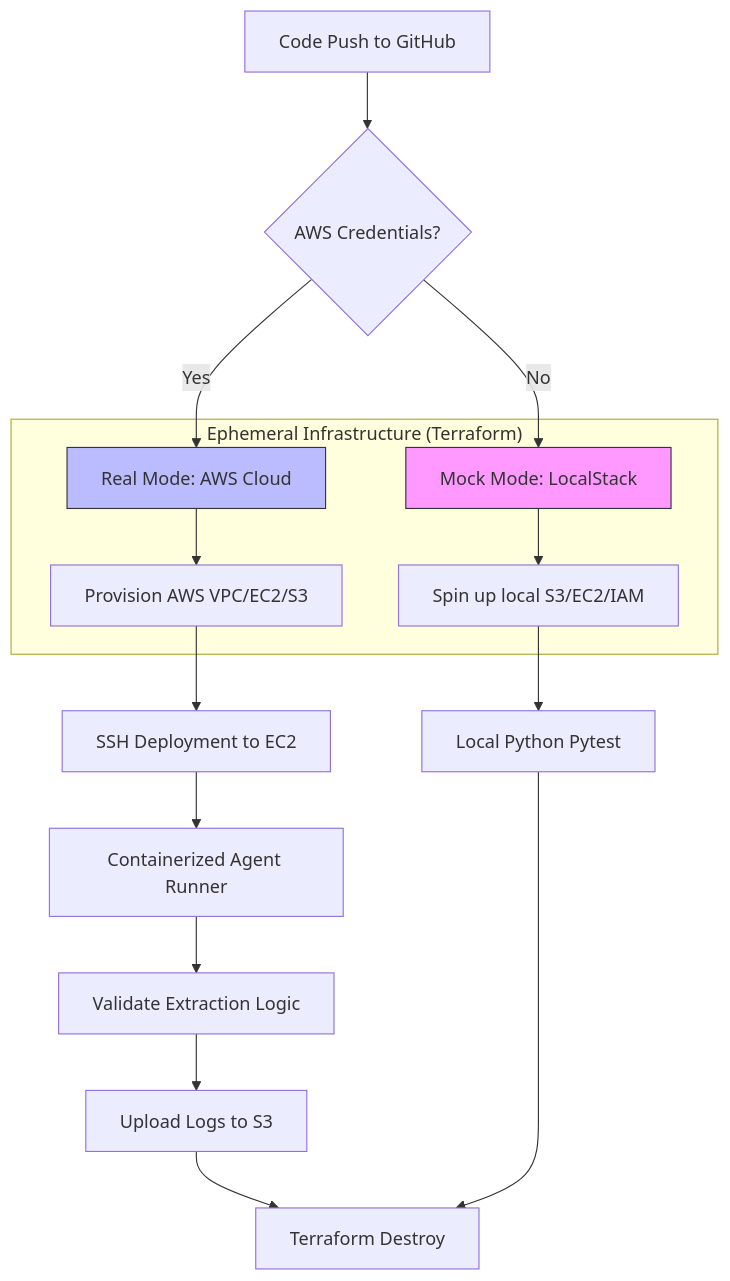
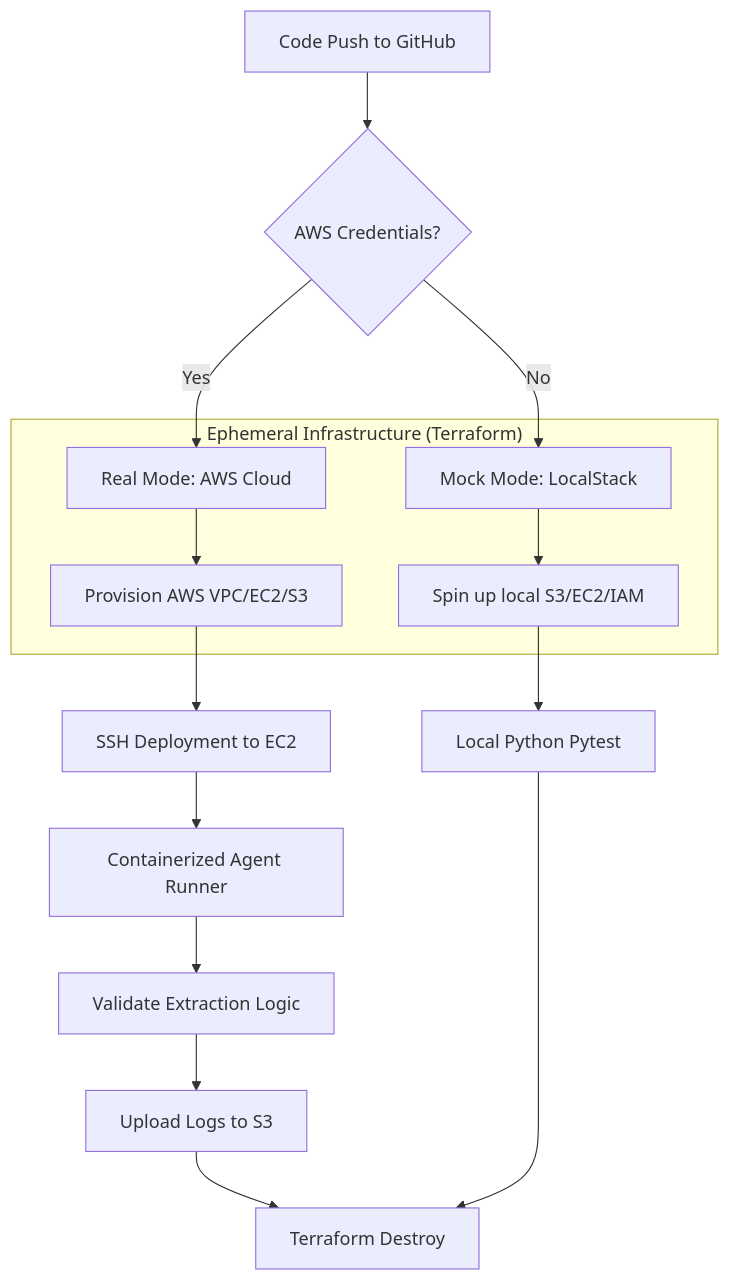
One commit to Kindee18/agent-testing-sandbox changed the diagram in CASE_STUDY.md. Above: the diagram before and after it, drawn with Mermaid.

Commit message:
Neutralize Mermaid diagram styling

````diff
--- a/CASE_STUDY.md
+++ b/CASE_STUDY.md
@@ -14,24 +14,21 @@
 ```mermaid
 graph TD
     A[Code Push to GitHub] --> B{AWS Credentials?};
     B -- No --> C[Mock Mode: LocalStack];
     B -- Yes --> D[Real Mode: AWS Cloud];
     
     subgraph "Ephemeral Infrastructure (Terraform)"
         C --> E[Spin up local S3/EC2/IAM];
         D --> F[Provision AWS VPC/EC2/S3];
     end
     
     E --> G[Local Python Pytest];
     F --> H[SSH Deployment to EC2];
     
     H --> I[Containerized Agent Runner];
     I --> J[Validate Extraction Logic];
     
     J --> K[Upload Logs to S3];
     K --> L[Terraform Destroy];
     G --> L;
-    
-    style C fill:#f9f,stroke:#333
-    style D fill:#bbf,stroke:#333
 ```
````
